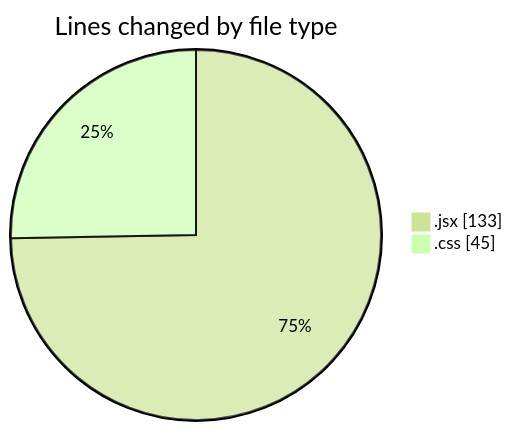
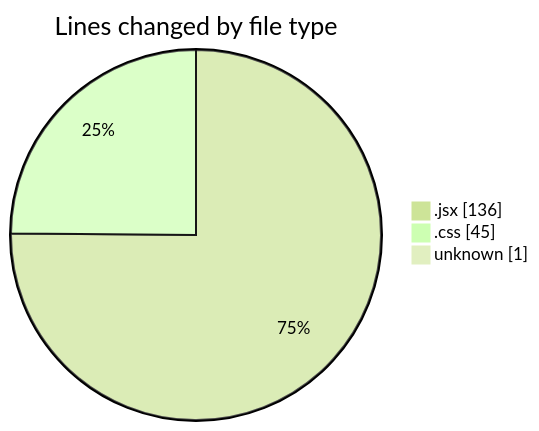
The first of 2 diagrams in 2025-02-06/react_ecom/README.md (Elitesun/code-tracking), drawn with Mermaid (forest theme) before and after one commit. The commit also changed other lines of this file and 1 other file, not shown here.

````diff
--- a/2025-02-06/react_ecom/README.md
+++ b/2025-02-06/react_ecom/README.md
@@ -23,6 +24,7 @@
 ```mermaid
 pie showData
 title Lines changed by file type
-".jsx" : 133
+".jsx" : 136
 ".css" : 45
+"unknown" : 1
 ```
````
